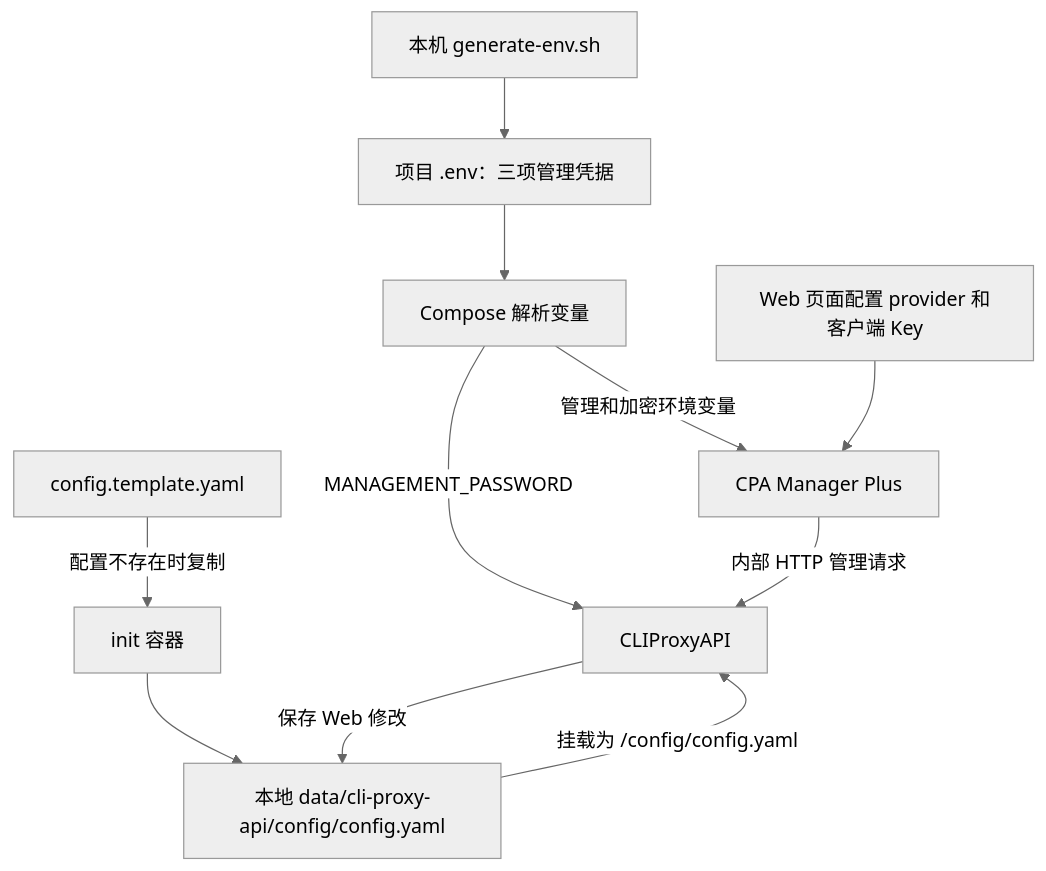
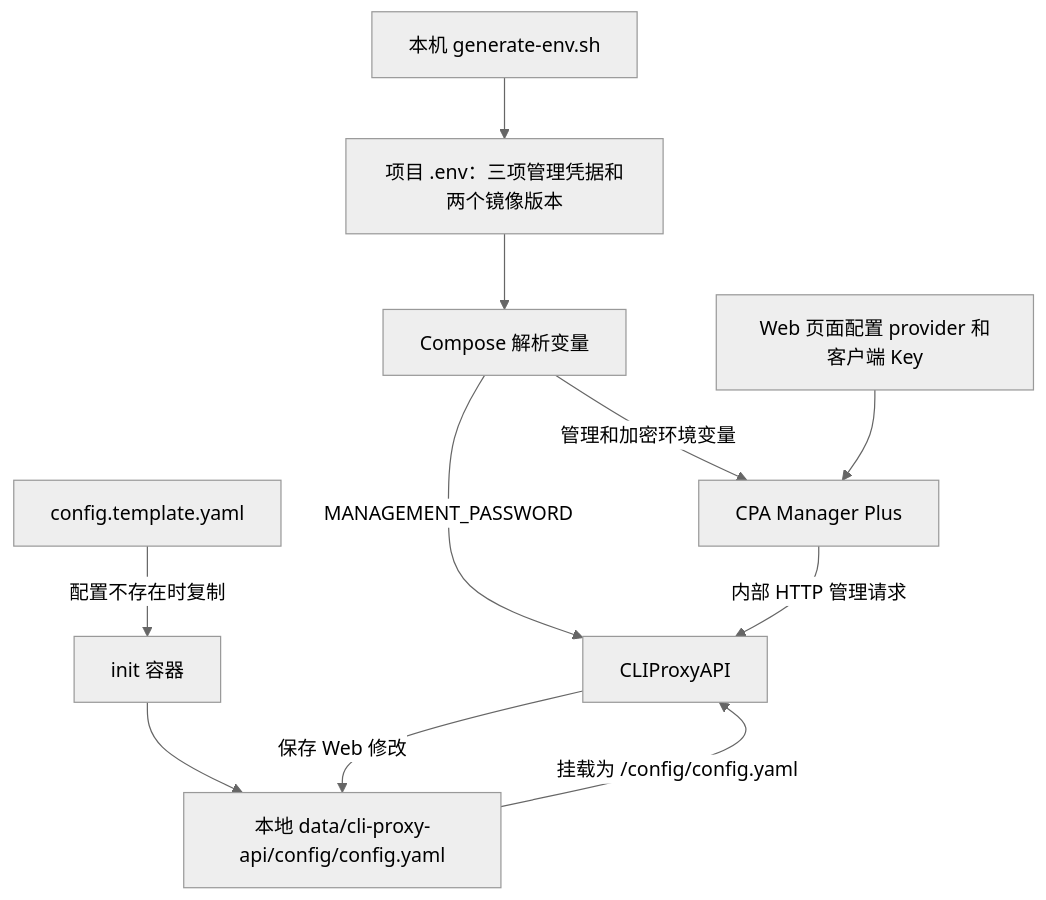
The diagram in README.md (jxsylar/cpa-manager-plus), drawn with Mermaid (neutral theme) before and after one commit. The commit also changed other lines of this file and 3 other files, not shown here.

````diff
--- a/README.md
+++ b/README.md
@@ -90,13 +92,13 @@
 ```mermaid
 flowchart TD
-    G[本机 generate-env.sh] --> E[项目 .env：三项管理凭据]
+    G[本机 generate-env.sh] --> E[项目 .env：三项管理凭据和两个镜像版本]
     E --> C[Compose 解析变量]
     T[config.template.yaml] -->|配置不存在时复制| I[init 容器]
     I --> F[本地 data/cli-proxy-api/config/config.yaml]
     F -->|挂载为 /config/config.yaml| B[CLIProxyAPI]
     C -->|MANAGEMENT_PASSWORD| B
     C -->|管理和加密环境变量| A[CPA Manager Plus]
     A -->|内部 HTTP 管理请求| B
     W[Web 页面配置 provider 和客户端 Key] --> A
     B -->|保存 Web 修改| F
 ```
````
